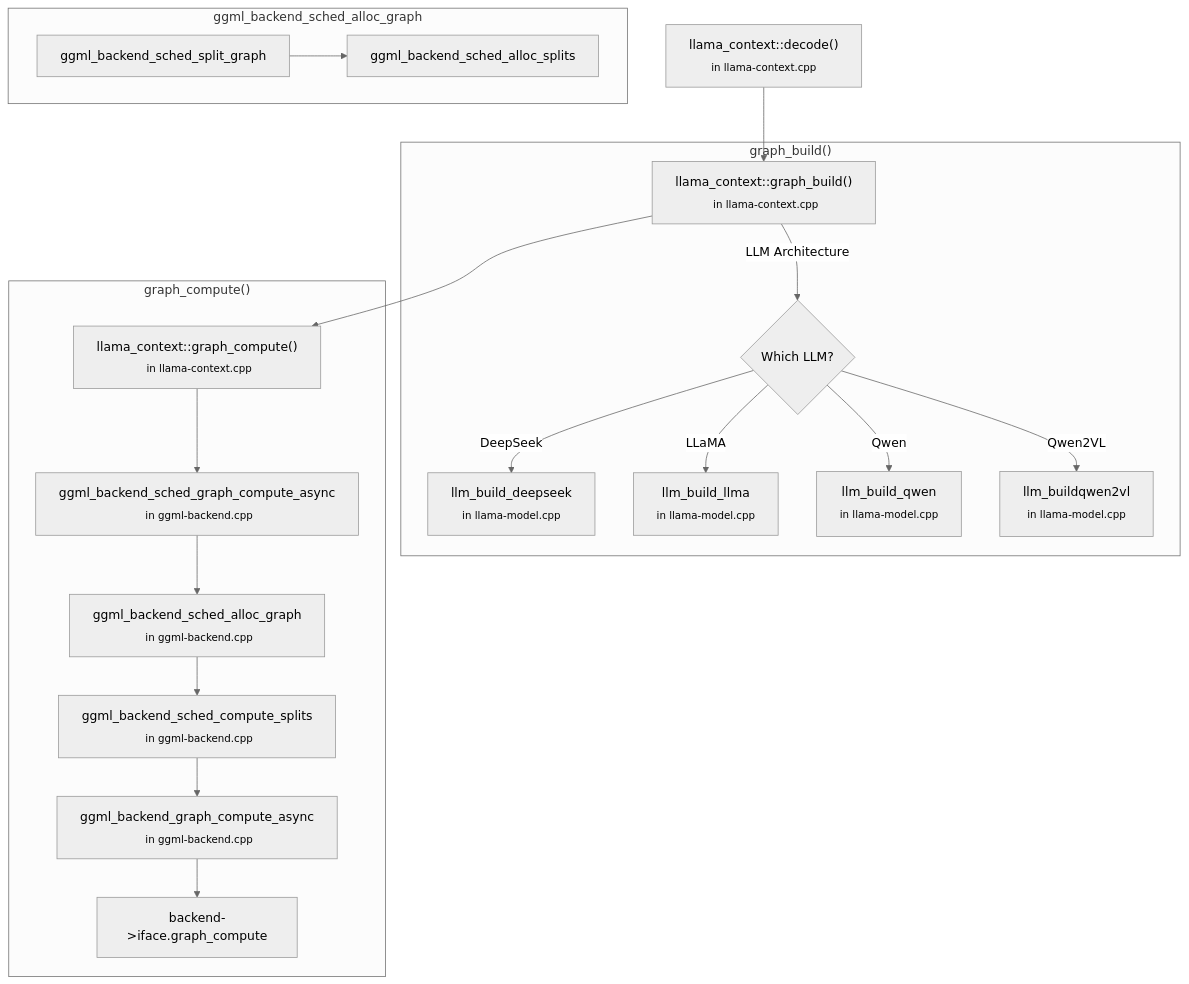
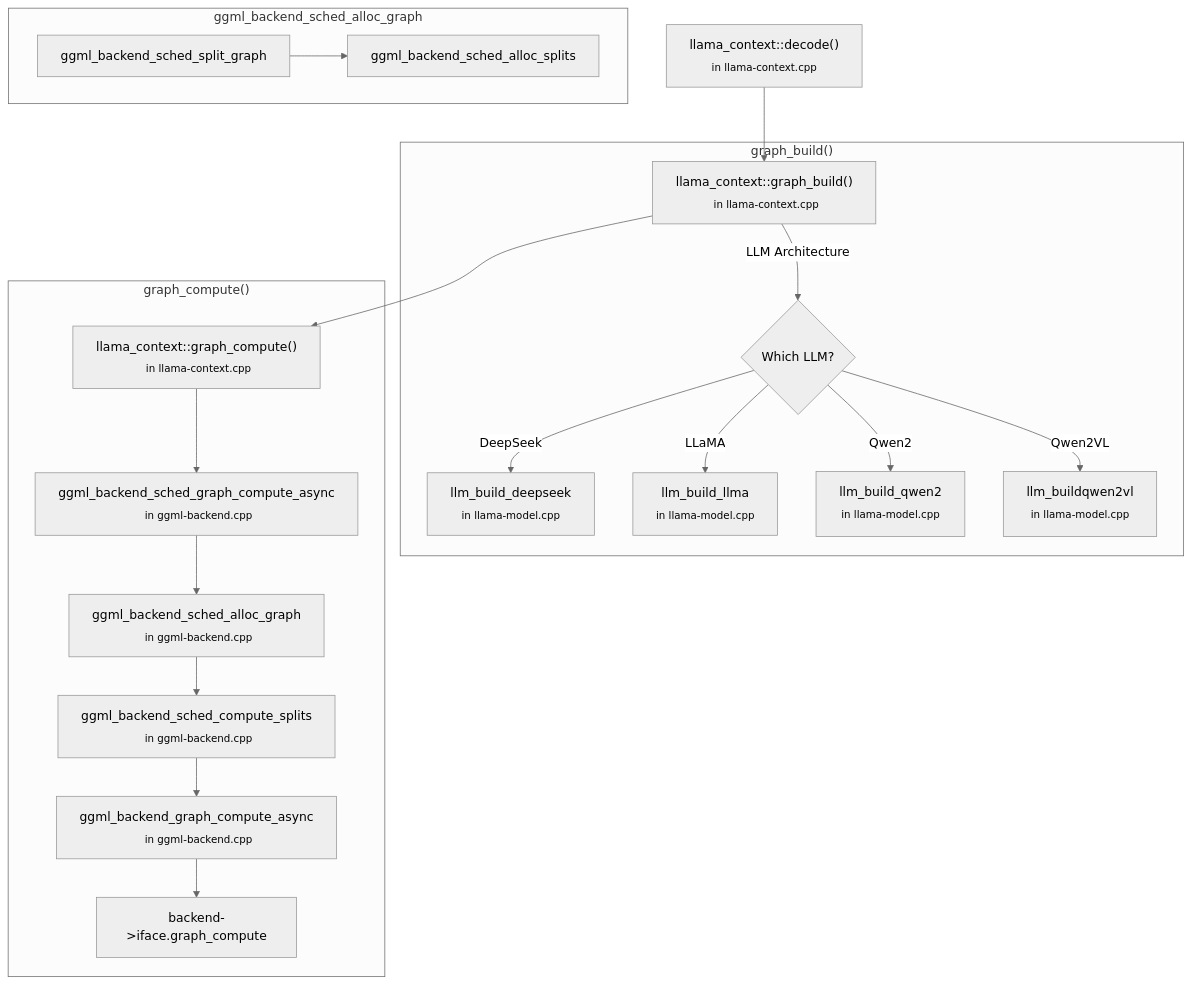
The second of 2 diagrams in LLM/llama.cpp.md (cshbli/ML-CV-AI), drawn with Mermaid (neutral theme) before and after one commit. The commit also changed 1 other file, not shown here.

Commit message:
Add DeepSeek_Qwen_14B model deep dive

````diff
--- a/LLM/llama.cpp.md
+++ b/LLM/llama.cpp.md
@@ -41,25 +41,25 @@
 ```mermaid
 graph TD;
     A["llama_context::decode()<br> <sub>in llama-context.cpp"</sub>] --> B["llama_context::graph_build()<br> <sub>in llama-context.cpp"</sub>];
     B --> C["llama_context::graph_compute()<br> <sub>in llama-context.cpp"</sub>]
 
     subgraph "graph_build()"
         B -->|LLM Architecture|D{Which LLM?}
         D -->|DeepSeek|E[llm_build_deepseek<br> <sub>in llama-model.cpp</sub>]
         D -->|LLaMA|F[llm_build_llma<br> <sub>in llama-model.cpp</sub>]
-        D -->|Qwen|G[llm_build_qwen<br> <sub>in llama-model.cpp<sub>]
+        D -->|Qwen2|G[llm_build_qwen2<br> <sub>in llama-model.cpp<sub>]
         D -->|Qwen2VL|H[llm_buildqwen2vl<br> <sub>in llama-model.cpp<sub>]
     end    
 
     subgraph "graph_compute()"
         C --> I[ggml_backend_sched_graph_compute_async<br> <sub>in ggml-backend.cpp</sub]
         I --> J[ggml_backend_sched_alloc_graph<br> <sub>in ggml-backend.cpp</sub]
         J --> K[ggml_backend_sched_compute_splits<br> <sub>in ggml-backend.cpp</sub]
         K --> L[ggml_backend_graph_compute_async<br> <sub>in ggml-backend.cpp</sub>]
         L --> O[backend->iface.graph_compute]
     end    
 
     subgraph "ggml_backend_sched_alloc_graph"
         M[ggml_backend_sched_split_graph] --> N[ggml_backend_sched_alloc_splits]
     end
 ```
````
